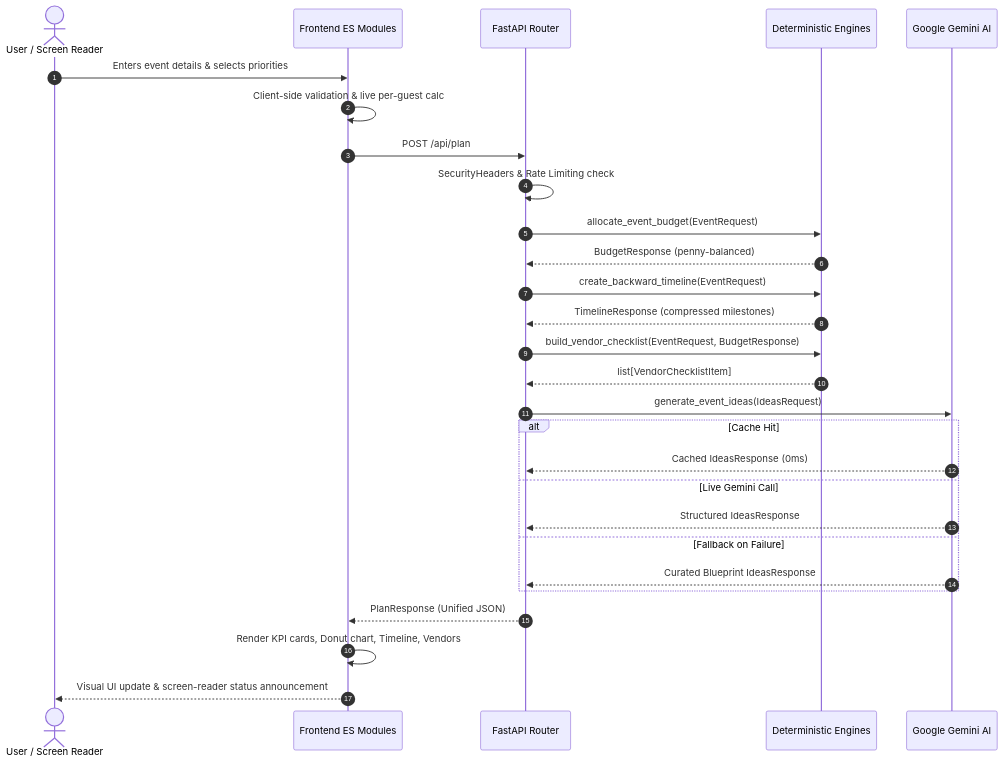
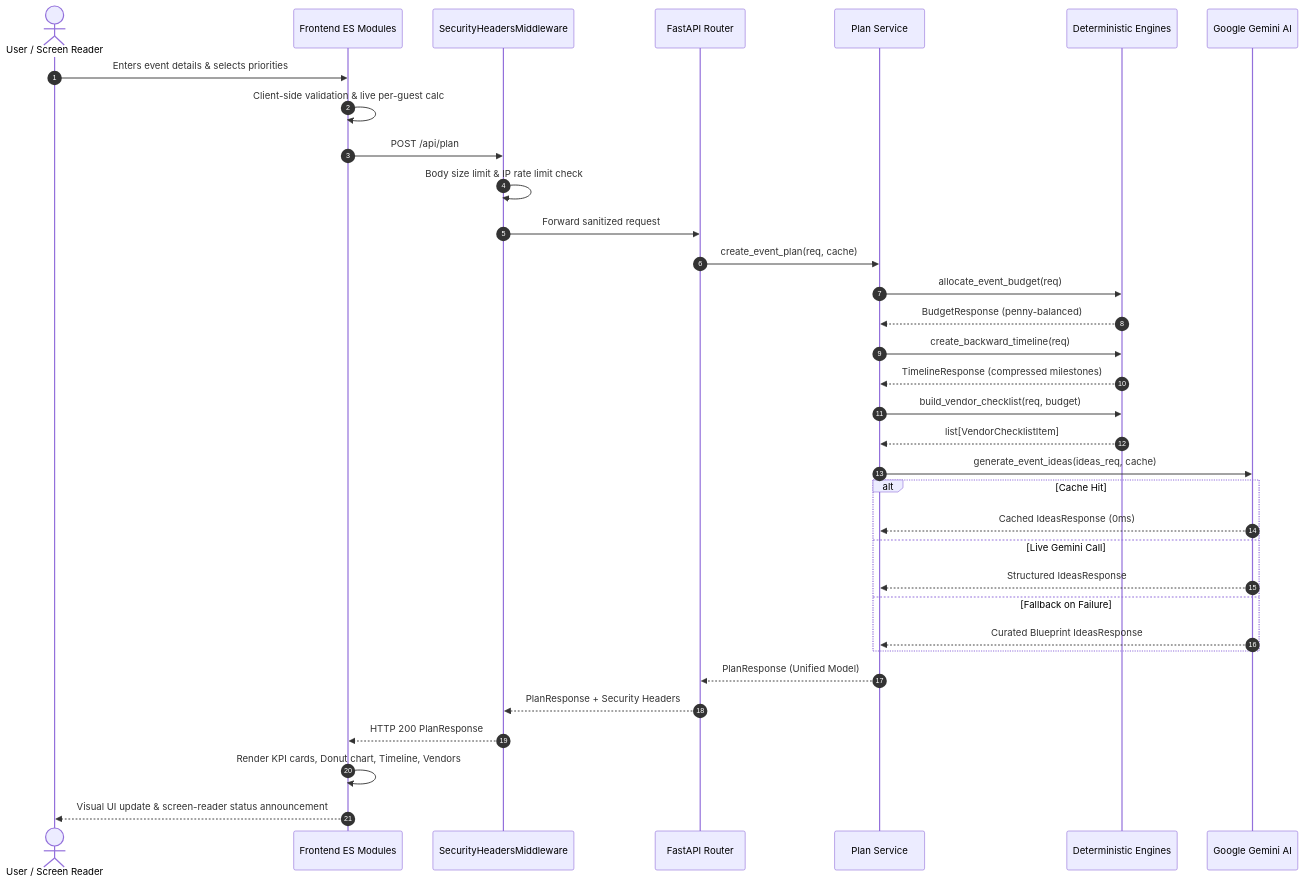
Before and after one commit to Dhinakarg/EventCraft: the second of 2 diagrams in ARCHITECTURE.md, drawn with Mermaid. The commit also changed other lines of this file and 1 other file, not shown here.

Commit message:
docs: synchronize README and ARCHITECTURE with active services layer, measured metrics, and schema

````diff
--- a/ARCHITECTURE.md
+++ b/ARCHITECTURE.md
@@ -129,31 +152,37 @@
 ```mermaid
 sequenceDiagram
     autonumber
     actor User as User / Screen Reader
     participant Frontend as Frontend ES Modules
-    participant API as FastAPI Router
+    participant Middleware as SecurityHeadersMiddleware
+    participant Router as FastAPI Router
+    participant Service as Plan Service
     participant Engine as Deterministic Engines
     participant Gemini as Google Gemini AI
 
     User->>Frontend: Enters event details & selects priorities
     Frontend->>Frontend: Client-side validation & live per-guest calc
-    Frontend->>API: POST /api/plan
-    API->>API: SecurityHeaders & Rate Limiting check
-    API->>Engine: allocate_event_budget(EventRequest)
-    Engine-->>API: BudgetResponse (penny-balanced)
-    API->>Engine: create_backward_timeline(EventRequest)
-    Engine-->>API: TimelineResponse (compressed milestones)
-    API->>Engine: build_vendor_checklist(EventRequest, BudgetResponse)
-    Engine-->>API: list[VendorChecklistItem]
-    API->>Gemini: generate_event_ideas(IdeasRequest)
+    Frontend->>Middleware: POST /api/plan
+    Middleware->>Middleware: Body size limit & IP rate limit check
+    Middleware->>Router: Forward sanitized request
+    Router->>Service: create_event_plan(req, cache)
+    Service->>Engine: allocate_event_budget(req)
+    Engine-->>Service: BudgetResponse (penny-balanced)
+    Service->>Engine: create_backward_timeline(req)
+    Engine-->>Service: TimelineResponse (compressed milestones)
+    Service->>Engine: build_vendor_checklist(req, budget)
+    Engine-->>Service: list[VendorChecklistItem]
+    Service->>Gemini: generate_event_ideas(ideas_req, cache)
     alt Cache Hit
-        Gemini-->>API: Cached IdeasResponse (0ms)
+        Gemini-->>Service: Cached IdeasResponse (0ms)
     else Live Gemini Call
-        Gemini-->>API: Structured IdeasResponse
+        Gemini-->>Service: Structured IdeasResponse
     else Fallback on Failure
-        Gemini-->>API: Curated Blueprint IdeasResponse
+        Gemini-->>Service: Curated Blueprint IdeasResponse
     end
-    API-->>Frontend: PlanResponse (Unified JSON)
+    Service-->>Router: PlanResponse (Unified Model)
+    Router-->>Middleware: PlanResponse + Security Headers
+    Middleware-->>Frontend: HTTP 200 PlanResponse
     Frontend->>Frontend: Render KPI cards, Donut chart, Timeline, Vendors
     Frontend-->>User: Visual UI update & screen-reader status announcement
 ```
````
